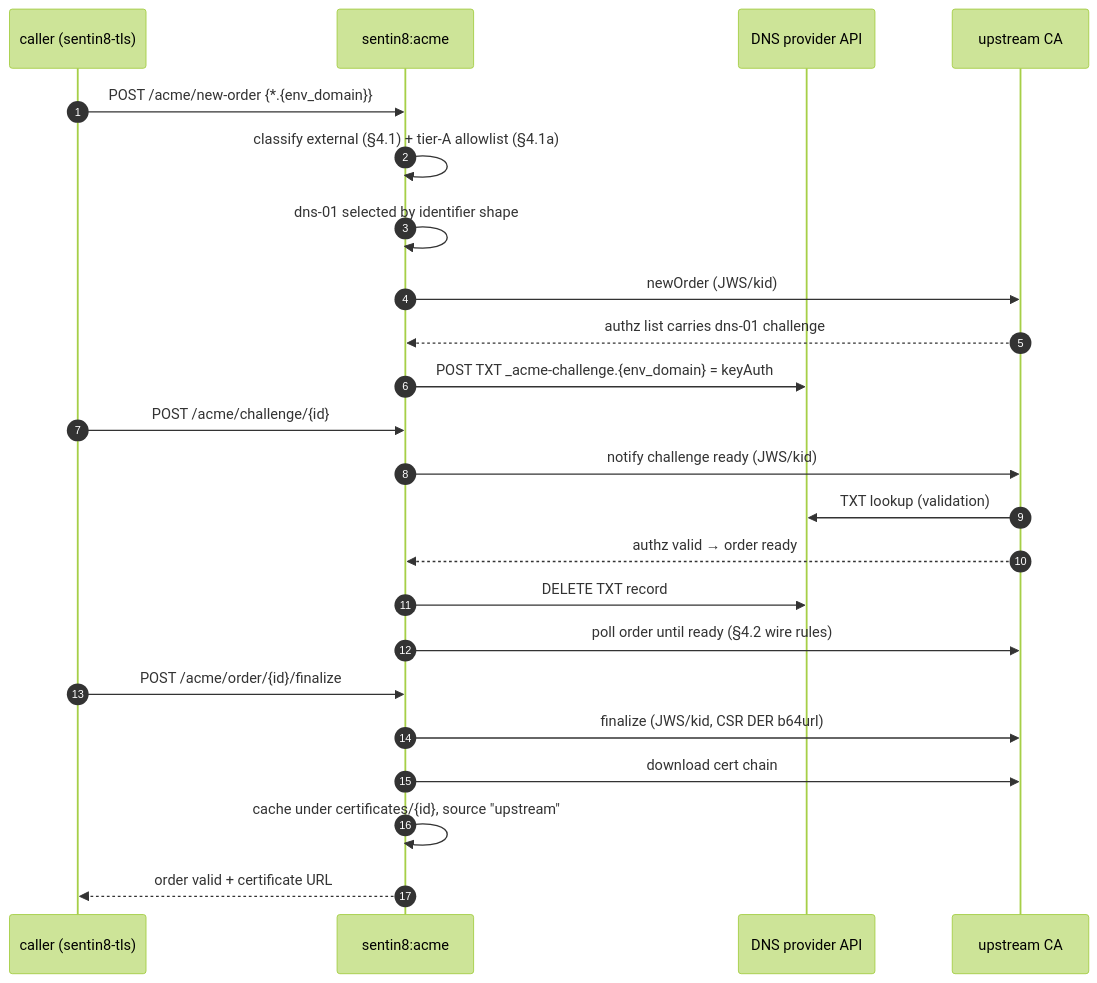
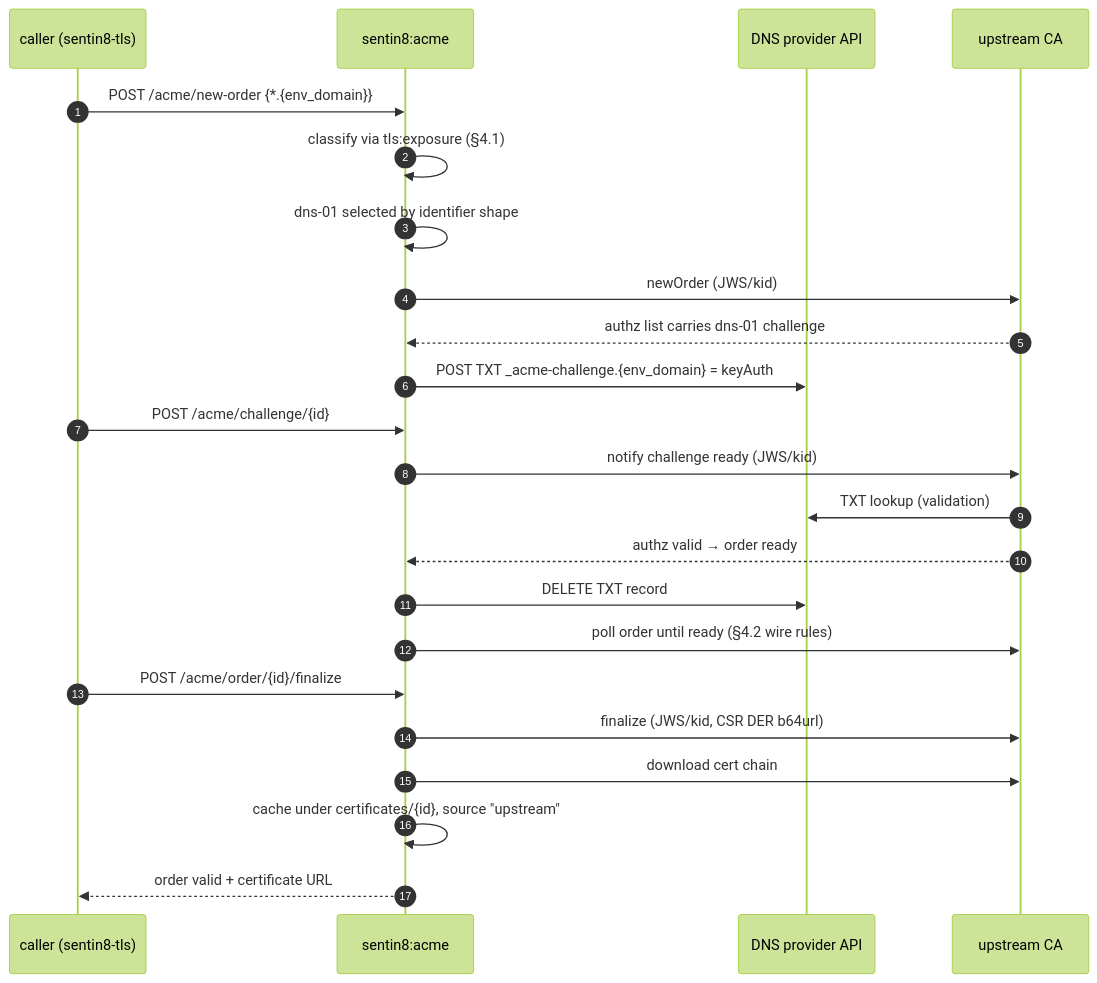
Before and after one commit to Sentin8/sentin8-acme: diagram 12 of 15 in DESIGN.md, drawn with Mermaid (forest theme). The commit also changed other lines of this file and 9 other files, not shown here.

First line of the commit message:
TLS-EXPOSURE-1: classify orders from the exposure map, delete the domain knobs

````diff
--- a/DESIGN.md
+++ b/DESIGN.md
@@ -924,26 +950,26 @@
 ```mermaid
 sequenceDiagram
     autonumber
     participant C as caller (sentin8-tls)
     participant A as sentin8:acme
     participant D as DNS provider API
     participant U as upstream CA
 
     C->>A: POST /acme/new-order {*.{env_domain}}
-    A->>A: classify external (§4.1) + tier-A allowlist (§4.1a)
+    A->>A: classify via tls:exposure (§4.1)
     A->>A: dns-01 selected by identifier shape
     A->>U: newOrder (JWS/kid)
     U-->>A: authz list carries dns-01 challenge
     A->>D: POST TXT _acme-challenge.{env_domain} = keyAuth
     C->>A: POST /acme/challenge/{id}
     A->>U: notify challenge ready (JWS/kid)
     U->>D: TXT lookup (validation)
     U-->>A: authz valid → order ready
     A->>D: DELETE TXT record
     A->>U: poll order until ready (§4.2 wire rules)
     C->>A: POST /acme/order/{id}/finalize
     A->>U: finalize (JWS/kid, CSR DER b64url)
     A->>U: download cert chain
     A->>A: cache under certificates/{id}, source "upstream"
     A-->>C: order valid + certificate URL
 ```
````
